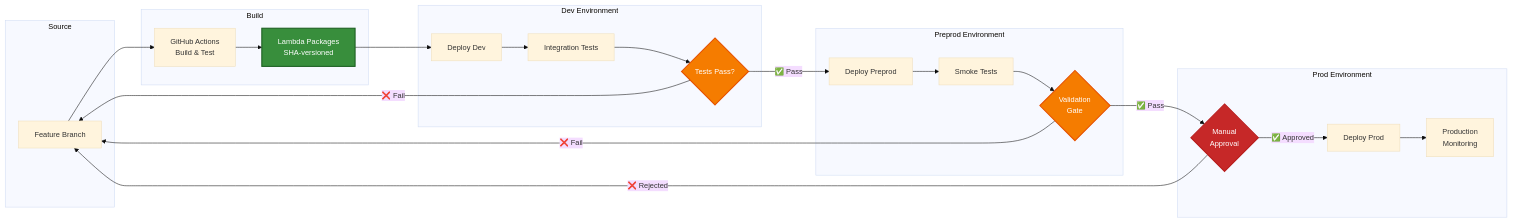
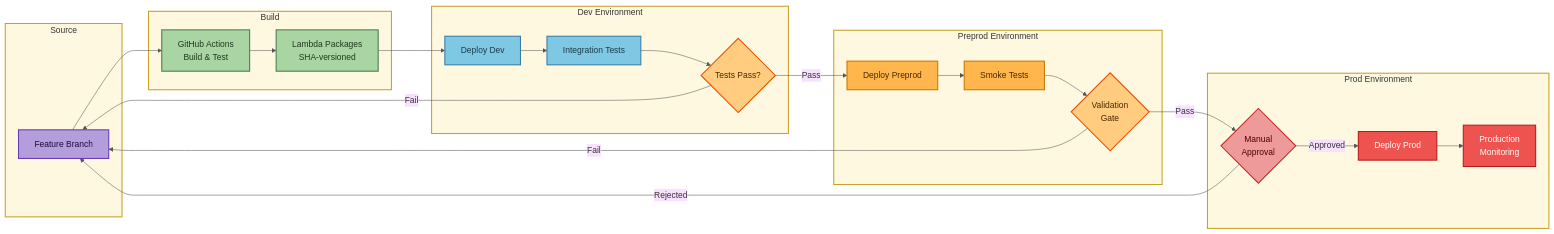
The third of 4 diagrams in README.md (traylorre/sentiment-analyzer-gsk), drawn with Mermaid before and after one commit. The commit also changed other lines of this file and 3 other files, not shown here.

First line of the commit message:
docs: Update mermaid diagrams with better contrast colors

````diff
--- a/README.md
+++ b/README.md
@@ -271,58 +277,68 @@
 ```mermaid
-%%{init: {'theme':'base', 'themeVariables': {'fontSize':'14px'}}}%%
+%%{init: {'theme':'base', 'themeVariables': {'primaryColor':'#fff8e1', 'primaryTextColor':'#333', 'primaryBorderColor':'#c9a227', 'lineColor':'#555'}}}%%
 graph LR
-    subgraph "Source"
+    subgraph Source["Source"]
         Code[Feature Branch]
     end
 
-    subgraph "Build"
+    subgraph Build["Build"]
         GHA[GitHub Actions<br/>Build & Test]
         Artifact[Lambda Packages<br/>SHA-versioned]
     end
 
-    subgraph "Dev Environment"
+    subgraph DevEnv["Dev Environment"]
         DevDeploy[Deploy Dev]
         DevTest[Integration Tests]
         DevApprove{Tests Pass?}
     end
 
-    subgraph "Preprod Environment"
+    subgraph PreprodEnv["Preprod Environment"]
         PreprodDeploy[Deploy Preprod]
         PreprodTest[Smoke Tests]
         PreprodApprove{Validation<br/>Gate}
     end
 
-    subgraph "Prod Environment"
+    subgraph ProdEnv["Prod Environment"]
         ProdApprove{Manual<br/>Approval}
         ProdDeploy[Deploy Prod]
         ProdMonitor[Production<br/>Monitoring]
     end
 
     Code --> GHA
     GHA --> Artifact
     Artifact --> DevDeploy
     DevDeploy --> DevTest
     DevTest --> DevApprove
 
-    DevApprove -->|✅ Pass| PreprodDeploy
-    DevApprove -->|❌ Fail| Code
+    DevApprove -->|Pass| PreprodDeploy
+    DevApprove -->|Fail| Code
 
     PreprodDeploy --> PreprodTest
     PreprodTest --> PreprodApprove
 
-    PreprodApprove -->|✅ Pass| ProdApprove
-    PreprodApprove -->|❌ Fail| Code
+    PreprodApprove -->|Pass| ProdApprove
+    PreprodApprove -->|Fail| Code
 
-    ProdApprove -->|✅ Approved| ProdDeploy
-    ProdApprove -->|❌ Rejected| Code
+    ProdApprove -->|Approved| ProdDeploy
+    ProdApprove -->|Rejected| Code
 
     ProdDeploy --> ProdMonitor
 
-    classDef gateStyle fill:#f57c00,stroke:#e65100,stroke-width:2px,color:#fff
-    classDef criticalGate fill:#c62828,stroke:#b71c1c,stroke-width:2px,color:#fff
-    classDef artifactStyle fill:#388e3c,stroke:#1b5e20,stroke-width:2px,color:#fff
+    classDef stageBox fill:#fff8e1,stroke:#c9a227,stroke-width:2px,color:#333
+    classDef sourceNode fill:#b39ddb,stroke:#673ab7,stroke-width:2px,color:#1a0a3e
+    classDef buildNode fill:#a8d5a2,stroke:#4a7c4e,stroke-width:2px,color:#1e3a1e
+    classDef devNode fill:#7ec8e3,stroke:#3a7ca5,stroke-width:2px,color:#1a3a4a
+    classDef preprodNode fill:#ffb74d,stroke:#c77800,stroke-width:2px,color:#4a2800
+    classDef prodNode fill:#ef5350,stroke:#b71c1c,stroke-width:2px,color:#fff
+    classDef gateStyle fill:#ffcc80,stroke:#e65100,stroke-width:2px,color:#4a2800
+    classDef criticalGate fill:#ef9a9a,stroke:#c62828,stroke-width:2px,color:#4a0000
 
+    class Source,Build,DevEnv,PreprodEnv,ProdEnv stageBox
+    class Code sourceNode
+    class GHA,Artifact buildNode
+    class DevDeploy,DevTest devNode
+    class PreprodDeploy,PreprodTest preprodNode
+    class ProdDeploy,ProdMonitor prodNode
     class DevApprove,PreprodApprove gateStyle
     class ProdApprove criticalGate
-    class Artifact artifactStyle
 ```
````
